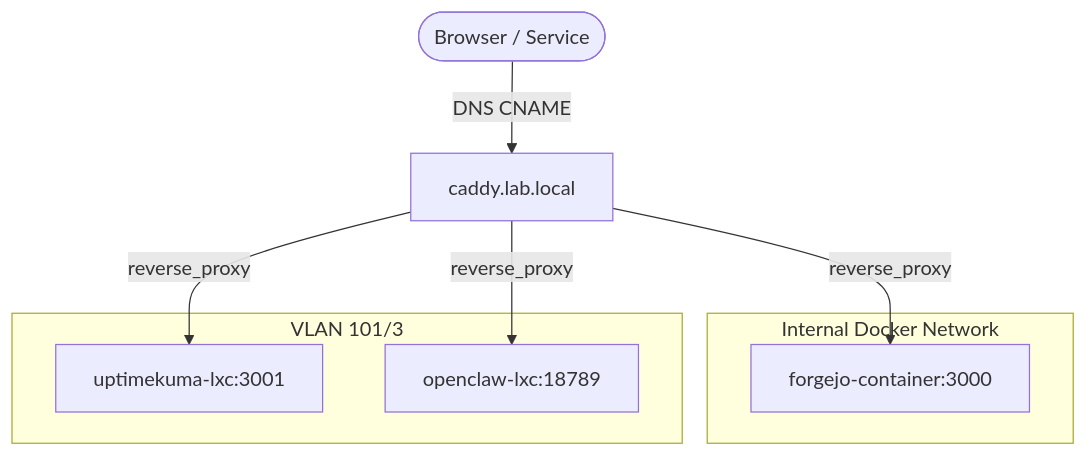
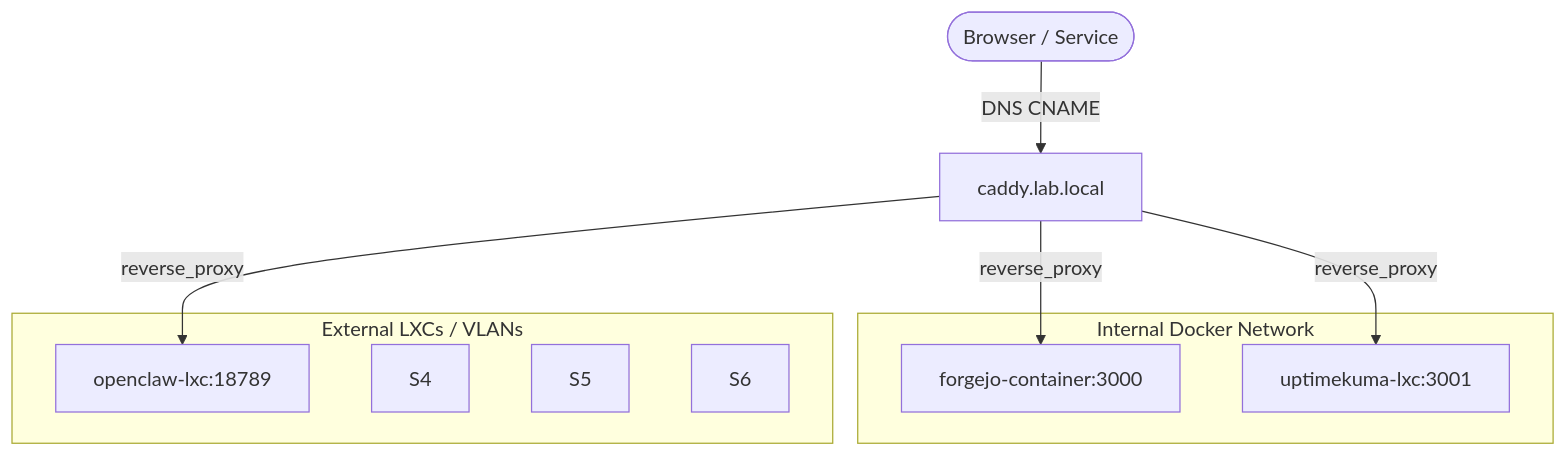
Before and after one commit to JazenaYLA/threatlabs-cti-stack: the diagram in docs/Reverse-Proxy-Guide.md, drawn with Mermaid.

Commit message:
docs: finalize reverse proxy guide architecture diagram

````diff
--- a/docs/Reverse-Proxy-Guide.md
+++ b/docs/Reverse-Proxy-Guide.md
@@ -38,16 +38,19 @@
 ```mermaid
 graph TD
     User([Browser / Service]) -->|DNS CNAME| Proxy[caddy.lab.local]
     Proxy -->|reverse_proxy| S1[forgejo-container:3000]
     Proxy -->|reverse_proxy| S2[uptimekuma-lxc:3001]
     Proxy -->|reverse_proxy| S3[openclaw-lxc:18789]
     
     subgraph cti-net [Internal Docker Network]
         S1
+        S2
     end
     
-    subgraph VLAN [VLAN 101/3]
-        S2
+    subgraph VLAN [External LXCs / VLANs]
         S3
+        S4
+        S5
+        S6
     end
 ```
````
